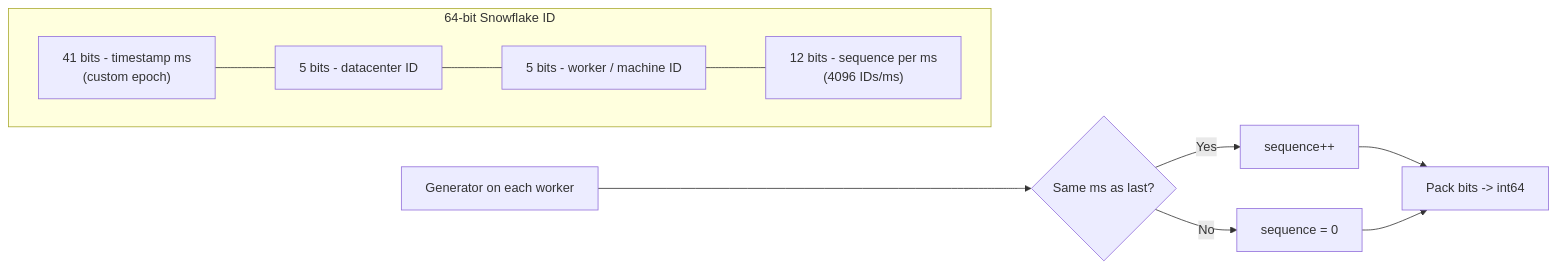
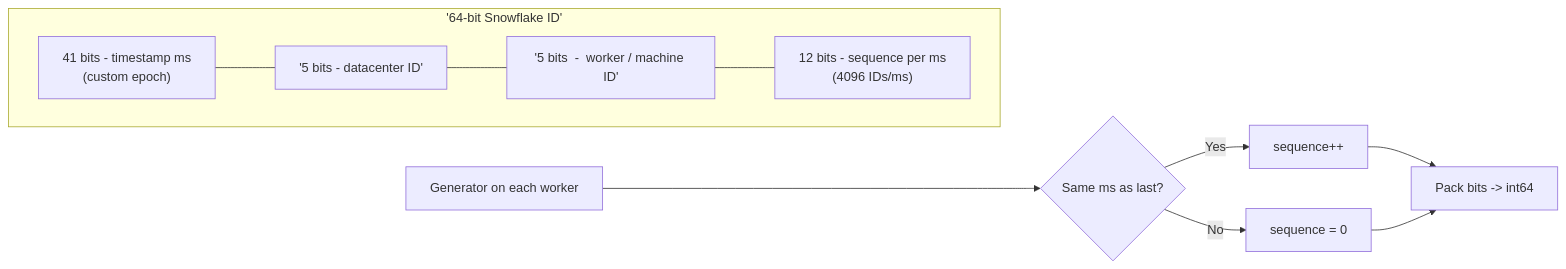
One commit to hareramcse/SystemDesign changed the fourth of 4 diagrams in 13-advanced-topics/README.md. Above: the diagram before and after it, drawn with Mermaid. The commit also changed other lines of this file and 14 other files, not shown here.

````diff
--- a/13-advanced-topics/README.md
+++ b/13-advanced-topics/README.md
@@ -504,16 +504,16 @@
 ```mermaid
 flowchart LR
-    subgraph Snowflake["64-bit Snowflake ID"]
+    subgraph Snowflake['64-bit Snowflake ID']
         direction LR
         T["41 bits  -  timestamp ms\n(custom epoch)"]
-        DC["5 bits  -  datacenter ID"]
-        W["5 bits  -  worker / machine ID"]
+        DC['5 bits  -  datacenter ID']
+        W['5 bits  -  worker / machine ID']
         S["12 bits  -  sequence per ms\n(4096 IDs/ms)"]
         T --- DC --- W --- S
     end
     Gen[Generator on each worker] --> Clock{Same ms as last?}
     Clock -->|Yes| Inc[sequence++]
     Clock -->|No| Reset[sequence = 0]
     Inc --> Pack[Pack bits -> int64]
     Reset --> Pack
 ```
````
